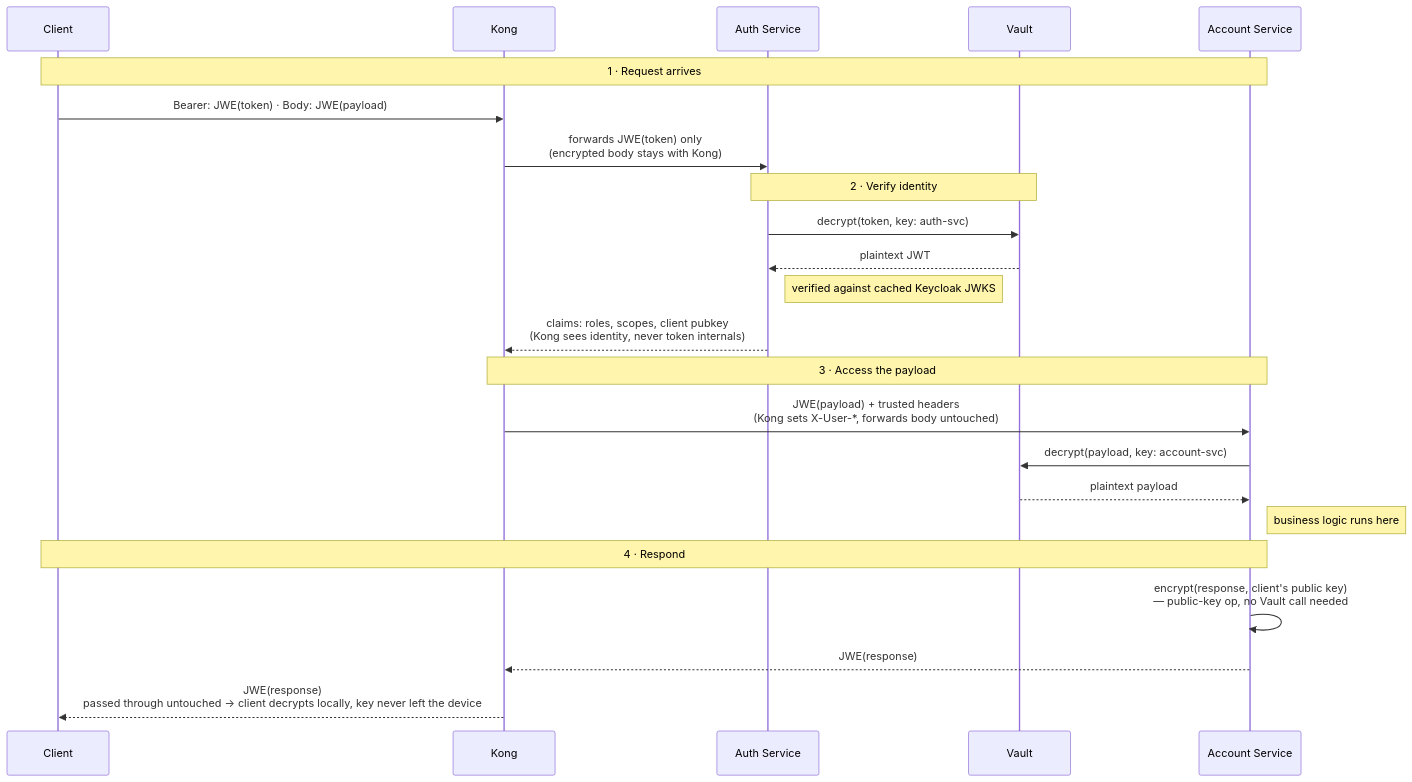
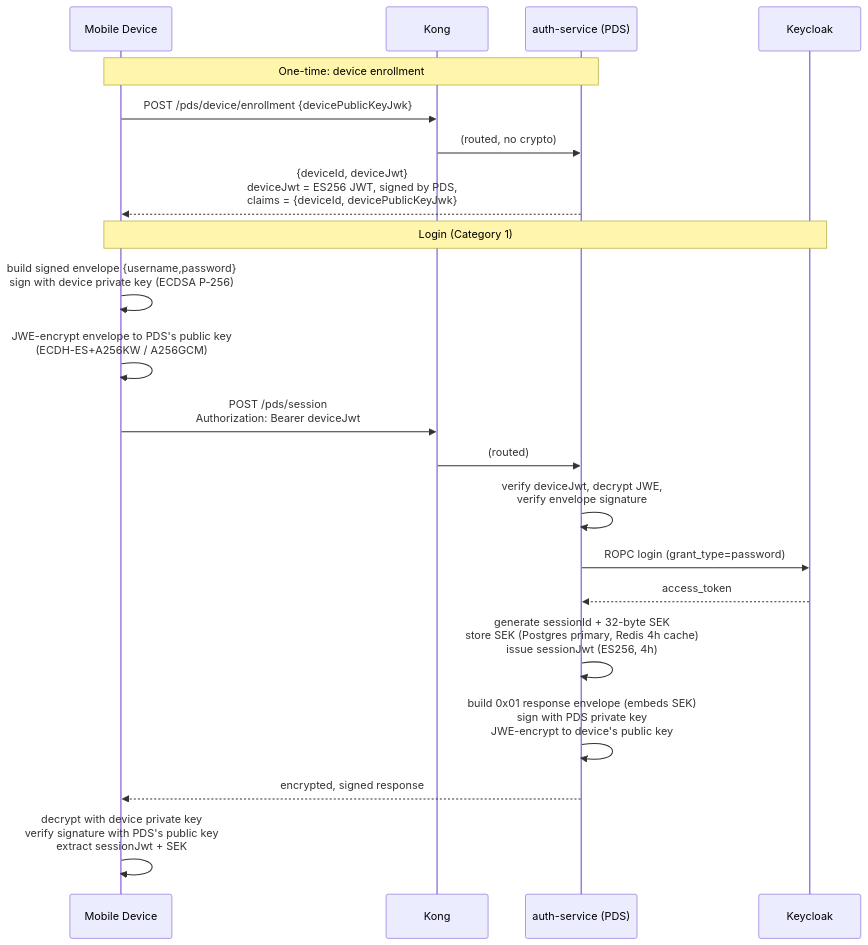
The first of 2 diagrams in docs/encryption-workflow.md (PinThapanawat/kong-custom-auth-poc), drawn with Mermaid before and after one commit. The commit also changed other lines of this file and 29 other files, not shown here.

Commit message:
feat: implement PDS session encryption key management and binary envelope framing for secure API communication

````diff
--- a/docs/encryption-workflow.md
+++ b/docs/encryption-workflow.md
@@ -18,29 +34,25 @@
 ```mermaid
 sequenceDiagram
-    participant Client
+    participant Device as Mobile Device
     participant Kong
-    participant AuthService as Auth Service
-    participant Vault
-    participant AccountService as Account Service
+    participant PDS as auth-service (PDS)
+    participant Keycloak
 
-    Note over Client,AccountService: 1 · Request arrives
-    Client->>Kong: Bearer: JWE(token) · Body: JWE(payload)
-    Kong->>AuthService: forwards JWE(token) only<br/>(encrypted body stays with Kong)
+    Note over Device,PDS: One-time: device enrollment
+    Device->>Kong: POST /pds/device/enrollment {devicePublicKeyJwk}
+    Kong->>PDS: (routed, no crypto)
+    PDS-->>Device: {deviceId, deviceJwt}<br/>deviceJwt = ES256 JWT, signed by PDS,<br/>claims = {deviceId, devicePublicKeyJwk}
 
-    Note over AuthService,Vault: 2 · Verify identity
-    AuthService->>Vault: decrypt(token, key: auth-svc)
-    Vault-->>AuthService: plaintext JWT
-    Note right of AuthService: verified against cached Keycloak JWKS
-    AuthService-->>Kong: claims: roles, scopes, client pubkey<br/>(Kong sees identity, never token internals)
-
-    Note over Kong,AccountService: 3 · Access the payload
-    Kong->>AccountService: JWE(payload) + trusted headers<br/>(Kong sets X-User-*, forwards body untouched)
-    AccountService->>Vault: decrypt(payload, key: account-svc)
-    Vault-->>AccountService: plaintext payload
-    Note right of AccountService: business logic runs here
-
-    Note over AccountService,Client: 4 · Respond
-    AccountService->>AccountService: encrypt(response, client's public key)<br/>— public-key op, no Vault call needed
-    AccountService-->>Kong: JWE(response)
-    Kong-->>Client: JWE(response)<br/>passed through untouched → client decrypts locally, key never left the device
+    Note over Device,Keycloak: Login (Category 1)
+    Device->>Device: build signed envelope {username,password}<br/>sign with device private key (ECDSA P-256)
+    Device->>Device: JWE-encrypt envelope to PDS's public key<br/>(ECDH-ES+A256KW / A256GCM)
+    Device->>Kong: POST /pds/session<br/>Authorization: Bearer deviceJwt
+    Kong->>PDS: (routed)
+    PDS->>PDS: verify deviceJwt, decrypt JWE,<br/>verify envelope signature
+    PDS->>Keycloak: ROPC login (grant_type=password)
+    Keycloak-->>PDS: access_token
+    PDS->>PDS: generate sessionId + 32-byte SEK<br/>store SEK (Postgres primary, Redis 4h cache)<br/>issue sessionJwt (ES256, 4h)
+    PDS->>PDS: build 0x01 response envelope (embeds SEK)<br/>sign with PDS private key<br/>JWE-encrypt to device's public key
+    PDS-->>Device: encrypted, signed response
+    Device->>Device: decrypt with device private key<br/>verify signature with PDS's public key<br/>extract sessionJwt + SEK
 ```
````
